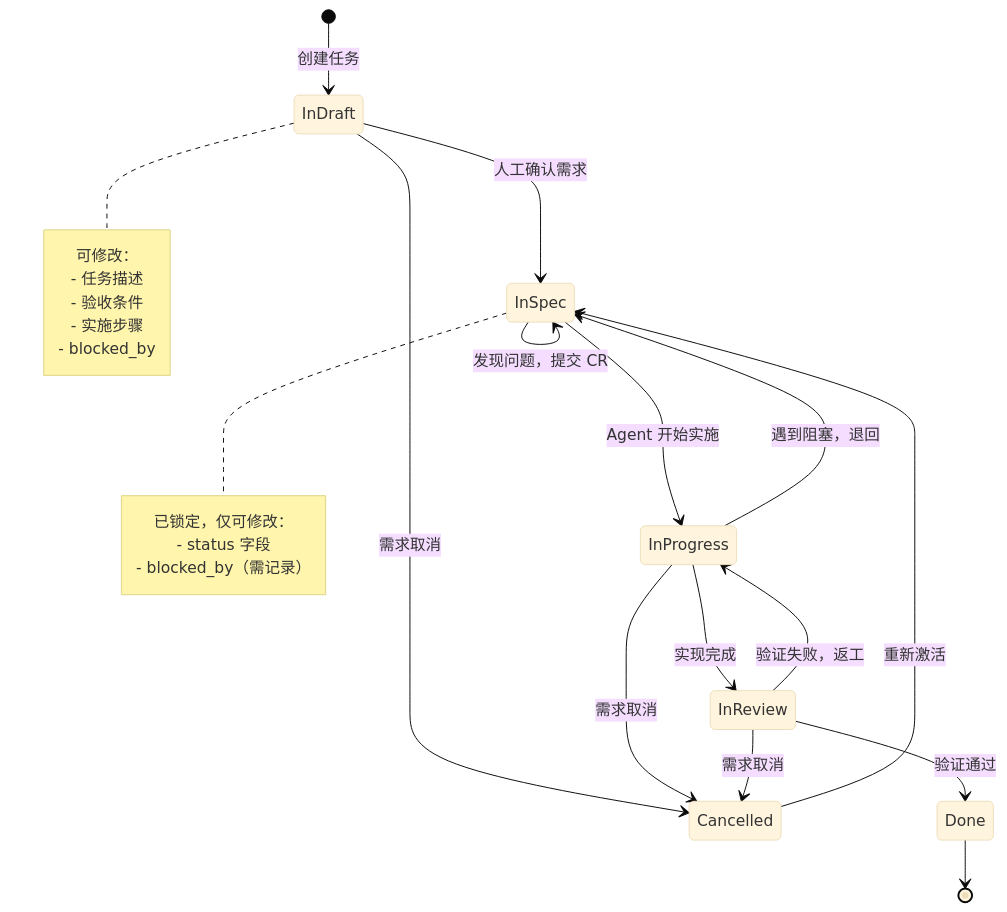
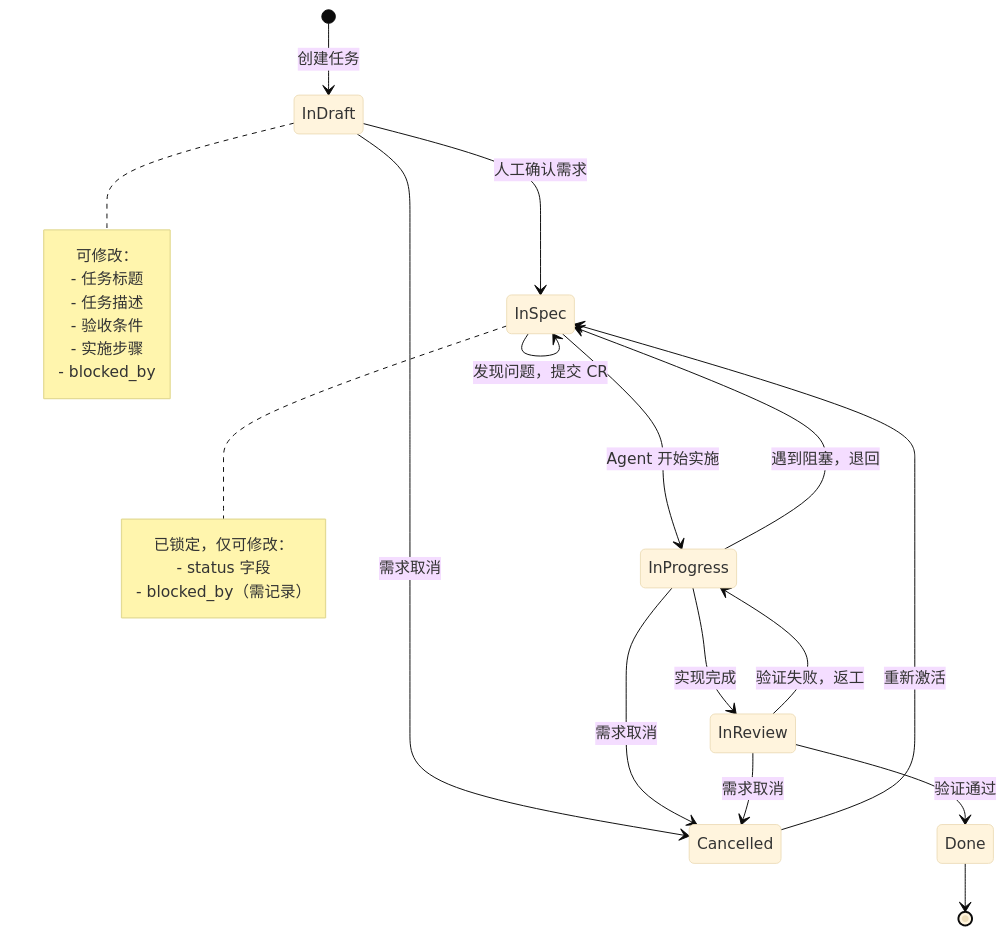
One commit to ssdiwu/diwu-workflow changed the first of 4 diagrams in README.md. Above: the diagram before and after it, drawn with Mermaid (base theme). The commit also changed other lines of this file and 10 other files, not shown here.

````diff
--- a/README.md
+++ b/README.md
@@ -63,34 +63,35 @@
 ```mermaid
 stateDiagram-v2
     [*] --> InDraft: 创建任务
     InDraft --> InSpec: 人工确认需求
     InDraft --> Cancelled: 需求取消
 
     InSpec --> InProgress: Agent 开始实施
     InSpec --> InSpec: 发现问题，提交 CR
 
     InProgress --> InReview: 实现完成
     InProgress --> InSpec: 遇到阻塞，退回
     InProgress --> Cancelled: 需求取消
 
     InReview --> Done: 验证通过
     InReview --> InProgress: 验证失败，返工
     InReview --> Cancelled: 需求取消
 
     Done --> [*]
     Cancelled --> InSpec: 重新激活
 
     note right of InDraft
         可修改：
+        - 任务标题
         - 任务描述
         - 验收条件
         - 实施步骤
         - blocked_by
     end note
 
     note right of InSpec
         已锁定，仅可修改：
         - status 字段
         - blocked_by（需记录）
     end note
 ```
````
